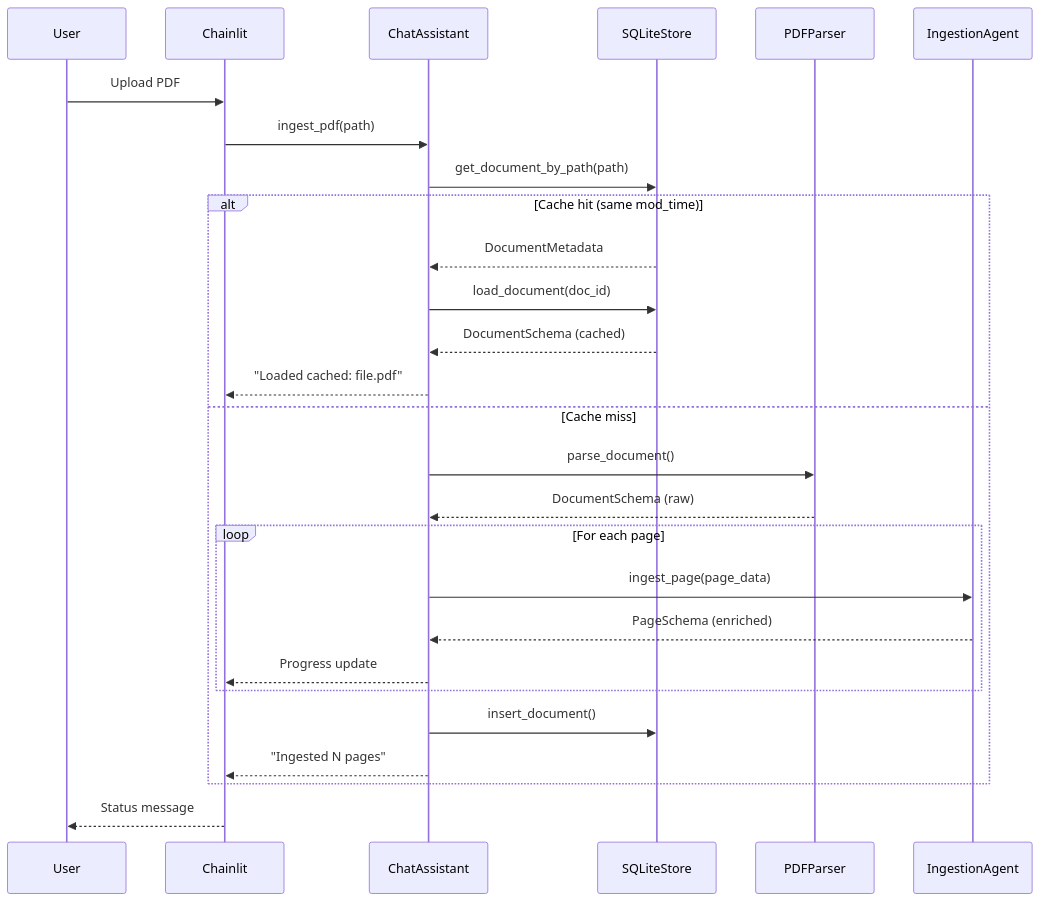
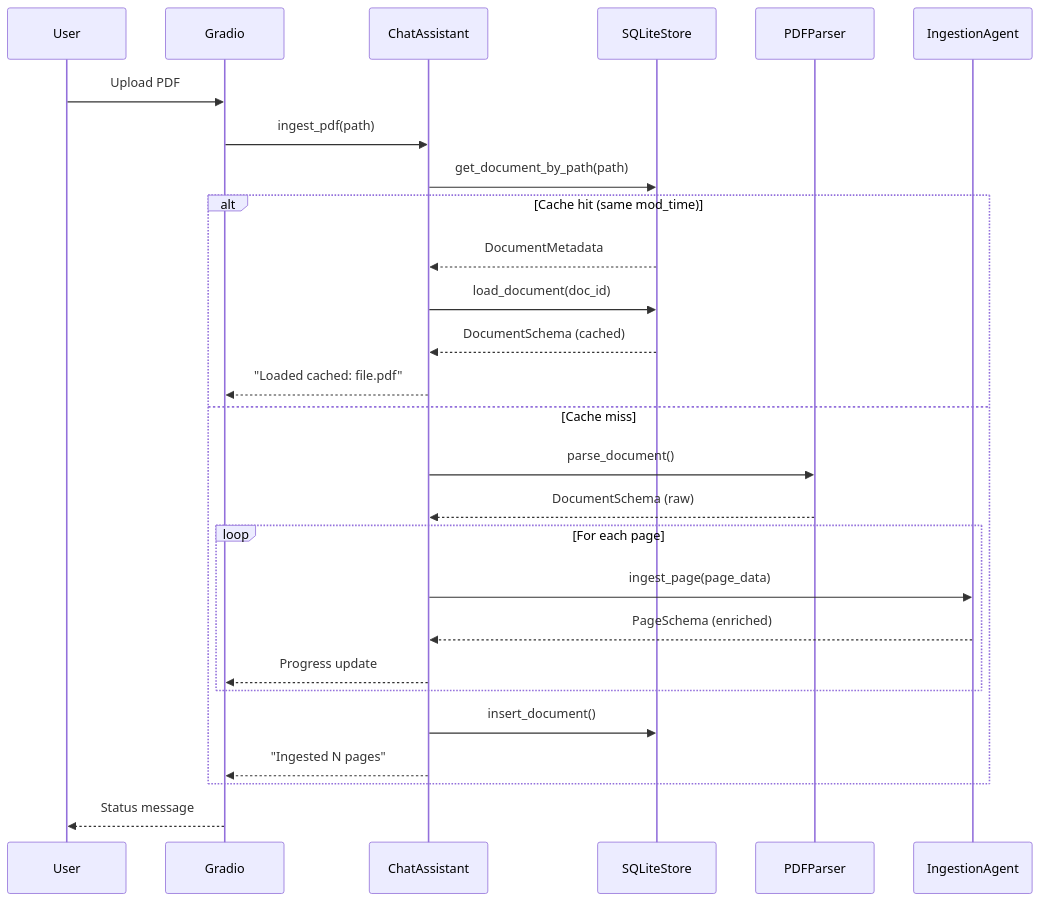
The third of 5 diagrams in docs/architecture.md (dallal9/Doc2Agent), drawn with Mermaid before and after one commit. The commit also changed other lines of this file and 33 other files, not shown here.

Commit message:
feat/switch to gradio and drop chainlit

````diff
--- a/docs/architecture.md
+++ b/docs/architecture.md
@@ -190,30 +191,30 @@
 ```mermaid
 sequenceDiagram
     participant U as User
-    participant CL as Chainlit
+    participant GR as Gradio
     participant CA as ChatAssistant
     participant DB as SQLiteStore
     participant PP as PDFParser
     participant IA as IngestionAgent
 
-    U->>CL: Upload PDF
-    CL->>CA: ingest_pdf(path)
+    U->>GR: Upload PDF
+    GR->>CA: ingest_pdf(path)
     CA->>DB: get_document_by_path(path)
     alt Cache hit (same mod_time)
         DB-->>CA: DocumentMetadata
         CA->>DB: load_document(doc_id)
         DB-->>CA: DocumentSchema (cached)
-        CA-->>CL: "Loaded cached: file.pdf"
+        CA-->>GR: "Loaded cached: file.pdf"
     else Cache miss
         CA->>PP: parse_document()
         PP-->>CA: DocumentSchema (raw)
         loop For each page
             CA->>IA: ingest_page(page_data)
             IA-->>CA: PageSchema (enriched)
-            CA-->>CL: Progress update
+            CA-->>GR: Progress update
         end
         CA->>DB: insert_document()
-        CA-->>CL: "Ingested N pages"
+        CA-->>GR: "Ingested N pages"
     end
-    CL-->>U: Status message
+    GR-->>U: Status message
 ```
````
